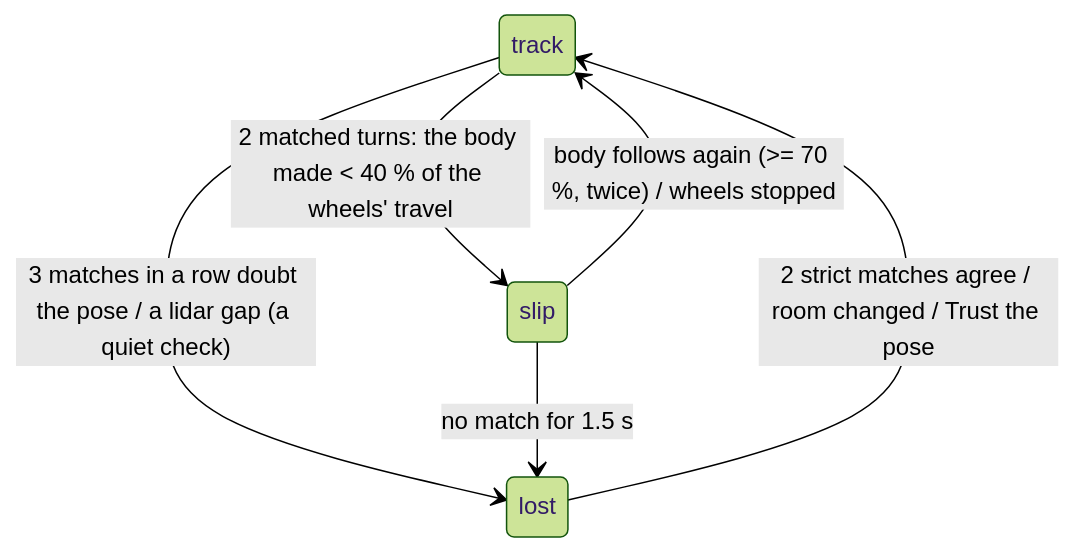
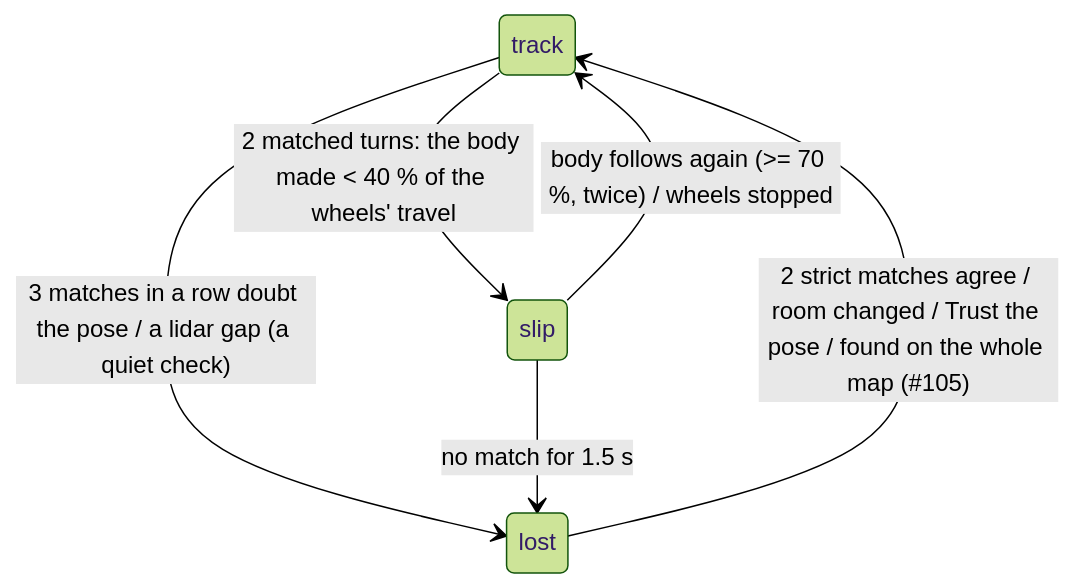
One commit to nespotts/self_balancing_robot_3 changed the third of 5 diagrams in docs/ld19.md. Above: the diagram before and after it, drawn with Mermaid (forest theme). The commit also changed other lines of this file and 9 other files, not shown here.

First line of the commit message:
docs: relocalisation (#105) - Set position, whole-map search, results, screenshots

````diff
--- a/docs/ld19.md
+++ b/docs/ld19.md
@@ -315,8 +316,8 @@
 ```mermaid
 stateDiagram-v2
   track --> slip: 2 matched turns: the body made < 40 % of the wheels' travel
   slip --> track: body follows again (>= 70 %, twice) / wheels stopped
   track --> lost: 3 matches in a row doubt the pose / a lidar gap (a quiet check)
   slip --> lost: no match for 1.5 s
-  lost --> track: 2 strict matches agree / room changed / Trust the pose
+  lost --> track: 2 strict matches agree / room changed / Trust the pose / found on the whole map (#105)
 ```
````
